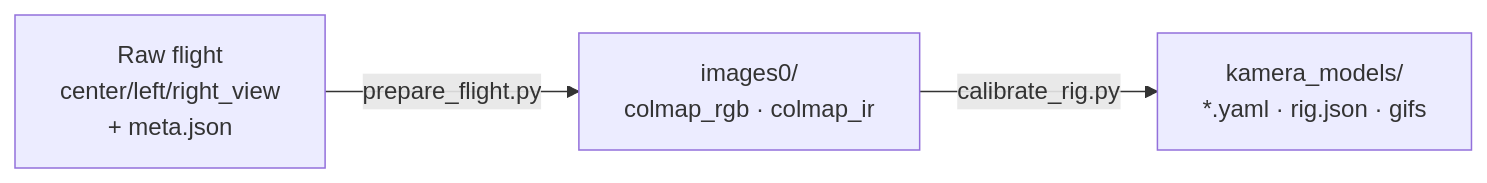
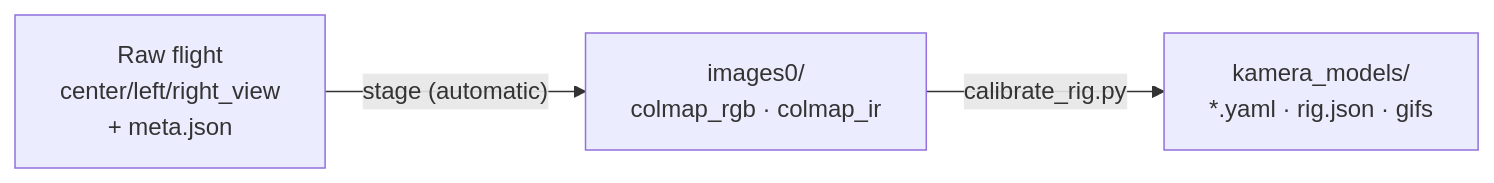
Before and after one commit to Kitware/kamera: the first of 3 diagrams in CALIBRATION.md, drawn with Mermaid. The commit also changed other lines of this file and 3 other files, not shown here.

First line of the commit message:
calibrate_rig.py: stage raw imagery automatically on first run

````diff
--- a/CALIBRATION.md
+++ b/CALIBRATION.md
@@ -15,7 +15,7 @@
 ```mermaid
 flowchart LR
     raw["Raw flight<br/>center/left/right_view<br/>+ meta.json"]
     img0["images0/<br/>colmap_rgb · colmap_ir"]
     out["kamera_models/<br/>*.yaml · rig.json · gifs"]
-    raw -->|"prepare_flight.py"| img0 -->|"calibrate_rig.py"| out
+    raw -->|"stage (automatic)"| img0 -->|"calibrate_rig.py"| out
 ```
````
